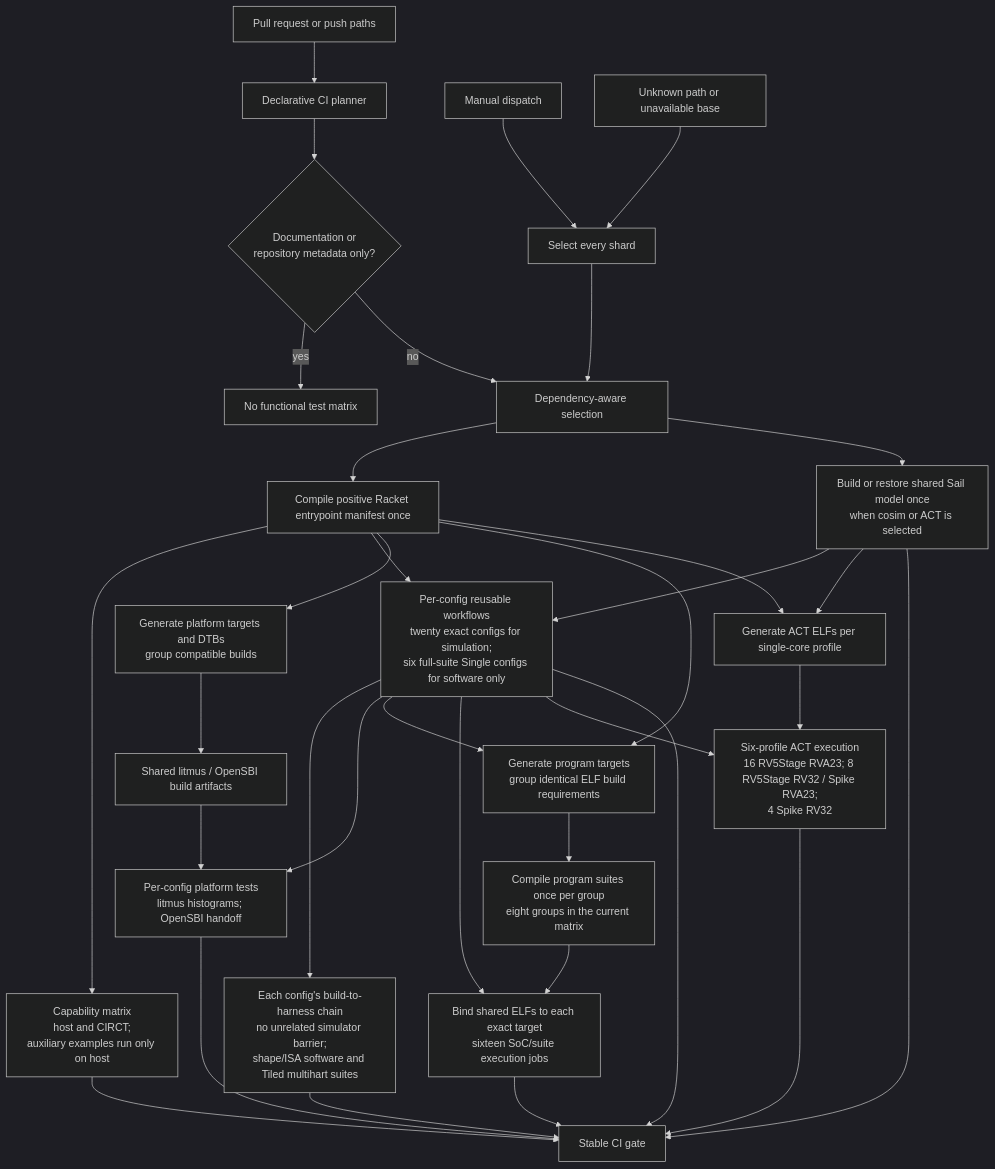
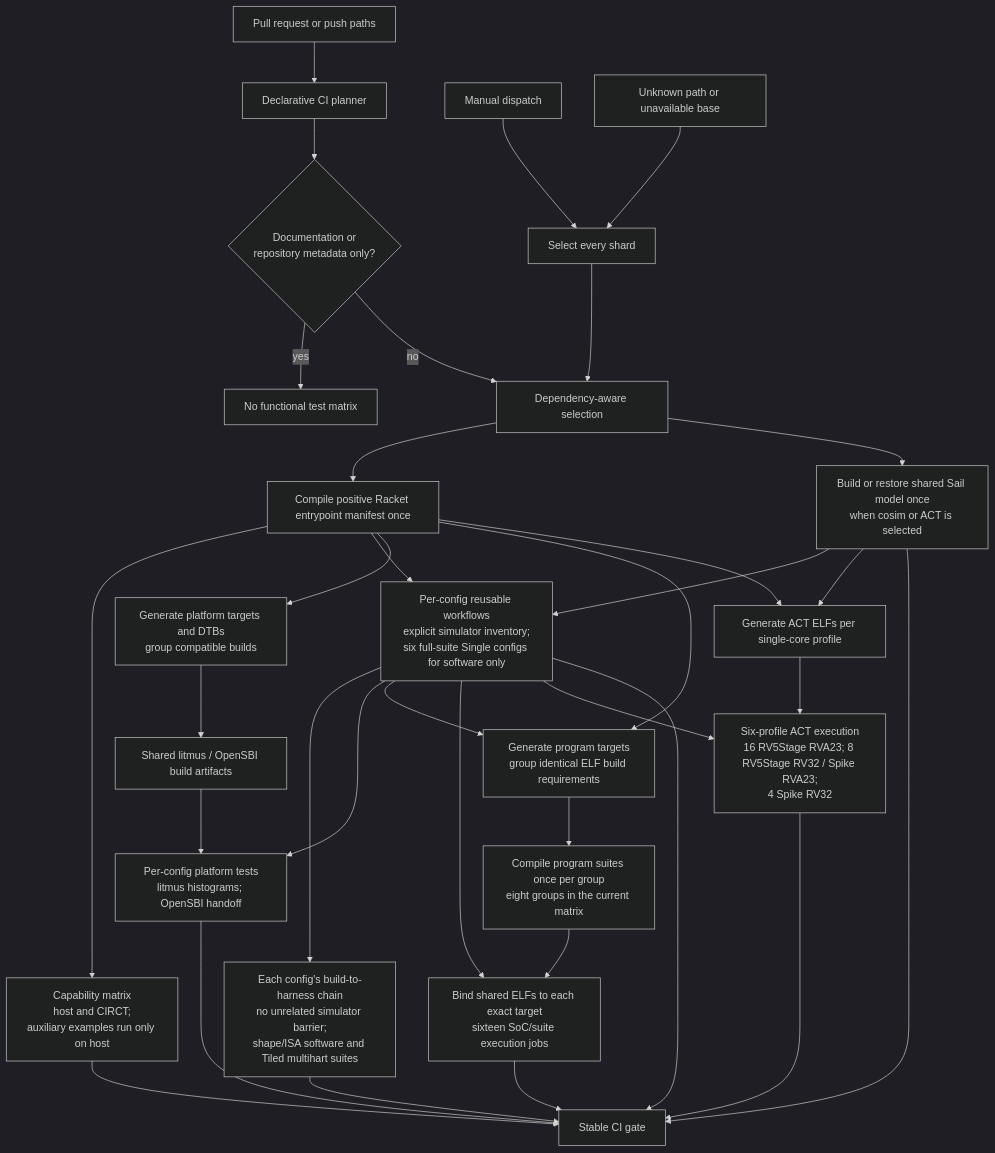
The diagram in tools/testing/DEVELOPING.md (jerryz123/rhodium), drawn with Mermaid (dark theme) before and after one commit. The commit also changed other lines of this file and 53 other files, not shown here.

````diff
--- a/tools/testing/DEVELOPING.md
+++ b/tools/testing/DEVELOPING.md
@@ -176,36 +176,36 @@
 ```mermaid
 flowchart TD
     Changes["Pull request or push paths"] --> Classifier["Declarative CI planner"]
     Manual["Manual dispatch"] --> All["Select every shard"]
     Unknown["Unknown path or unavailable base"] --> All
     Classifier --> Docs{"Documentation or<br/>repository metadata only?"}
     Docs -->|yes| None["No functional test matrix"]
     Docs -->|no| Selected["Dependency-aware selection"]
     All --> Selected
     Selected --> Compile["Compile positive Racket entrypoint manifest once"]
     Selected --> Sail["Build or restore shared Sail model once<br/>when cosim or ACT is selected"]
     Compile --> Checks["Capability matrix<br/>host and CIRCT;<br/>auxiliary examples run only on host"]
-    Compile --> Simulators["Per-config reusable workflows<br/>twenty exact configs for simulation;<br/>six full-suite Single configs for software only"]
+    Compile --> Simulators["Per-config reusable workflows<br/>explicit simulator inventory;<br/>six full-suite Single configs for software only"]
     Sail --> Simulators
     Simulators --> Simulation["Each config's build-to-harness chain<br/>no unrelated simulator barrier;<br/>shape/ISA software and Tiled multihart suites"]
     Compile --> PlatformTargets["Generate platform targets and DTBs<br/>group compatible builds"]
     PlatformTargets --> PlatformBuilds["Shared litmus / OpenSBI build artifacts"]
     PlatformBuilds --> Platform["Per-config platform tests<br/>litmus histograms; OpenSBI handoff"]
     Simulators --> Platform
     Compile --> ProgramTargets["Generate program targets<br/>group identical ELF build requirements"]
     Simulators --> ProgramTargets
     ProgramTargets --> ProgramBuilds["Compile program suites once per group<br/>eight groups in the current matrix"]
     ProgramBuilds --> Programs["Bind shared ELFs to each exact target<br/>sixteen SoC/suite execution jobs"]
     Simulators --> Programs
     Compile --> ActBuild["Generate ACT ELFs per single-core profile"]
     Sail --> ActBuild
     Simulators --> ActRun["Six-profile ACT execution<br/>16 RV5Stage RVA23; 8 RV5Stage RV32 / Spike RVA23;<br/>4 Spike RV32"]
     ActBuild --> ActRun
     Checks --> Gate["Stable CI gate"]
     Sail --> Gate
     Simulators --> Gate
     Simulation --> Gate
     Platform --> Gate
     Programs --> Gate
     ActRun --> Gate
 ```
````
